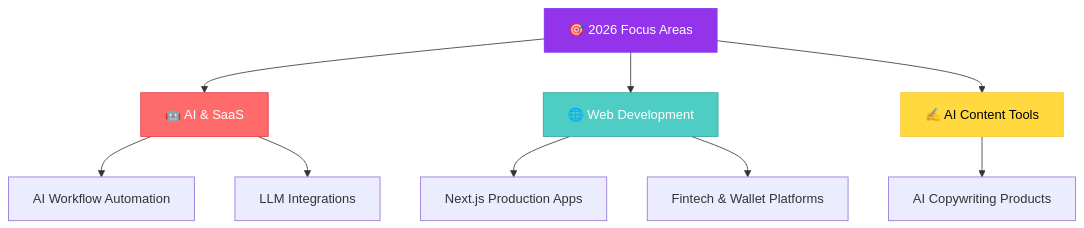
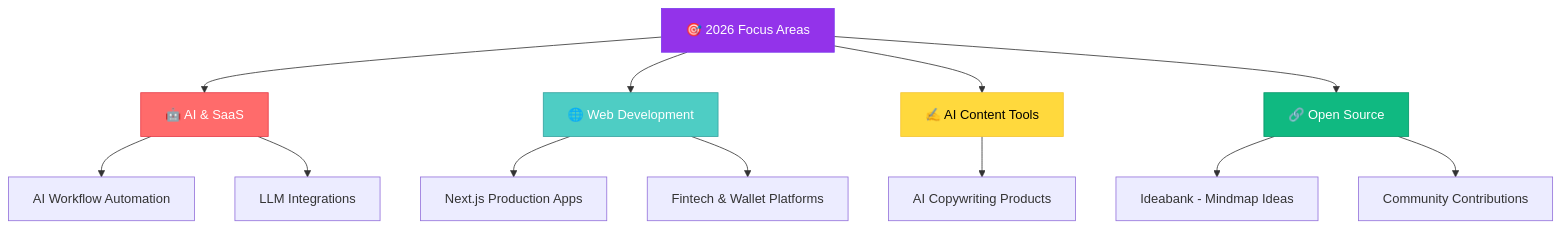
One commit to khamalismadie/khamalismadie changed the diagram in README.md. Above: the diagram before and after it, drawn with Mermaid. The commit also changed other lines of this file, not shown here.

First line of the commit message:
feat: add Ideabank to featured projects

````diff
--- a/README.md
+++ b/README.md
@@ -117,19 +139,24 @@
 ```mermaid
 graph TB
     A[🎯 2026 Focus Areas] --> B[🤖 AI & SaaS]
     A --> C[🌐 Web Development]
     A --> D[✍️ AI Content Tools]
+    A --> E[🔗 Open Source]
 
     B --> B1[AI Workflow Automation]
     B --> B2[LLM Integrations]
 
     C --> C1[Next.js Production Apps]
     C --> C2[Fintech & Wallet Platforms]
 
     D --> D1[AI Copywriting Products]
 
+    E --> E1[Ideabank - Mindmap Ideas]
+    E --> E2[Community Contributions]
+
     style A fill:#9333EA,stroke:#7C3AED,color:#fff
     style B fill:#FF6B6B,stroke:#E63946,color:#fff
     style C fill:#4ECDC4,stroke:#35A29F,color:#fff
     style D fill:#FFD93D,stroke:#F4C430,color:#000
+    style E fill:#10B981,stroke:#059669,color:#fff
 ```
````
